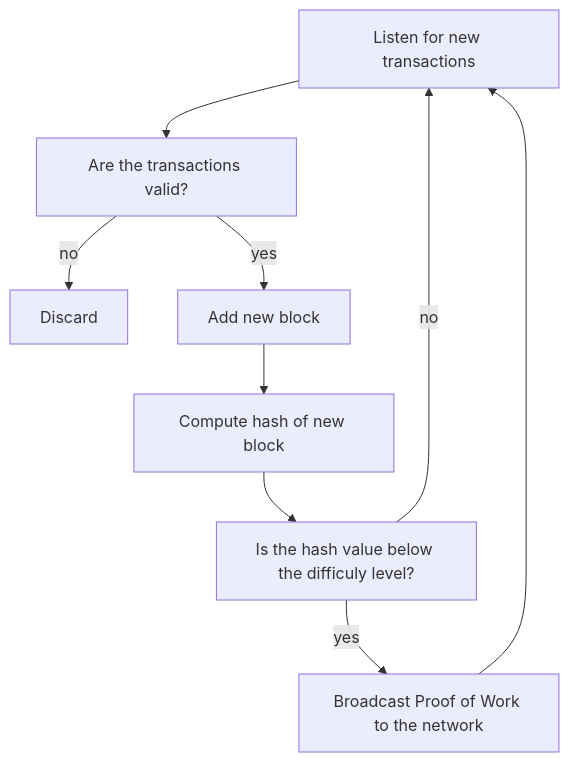
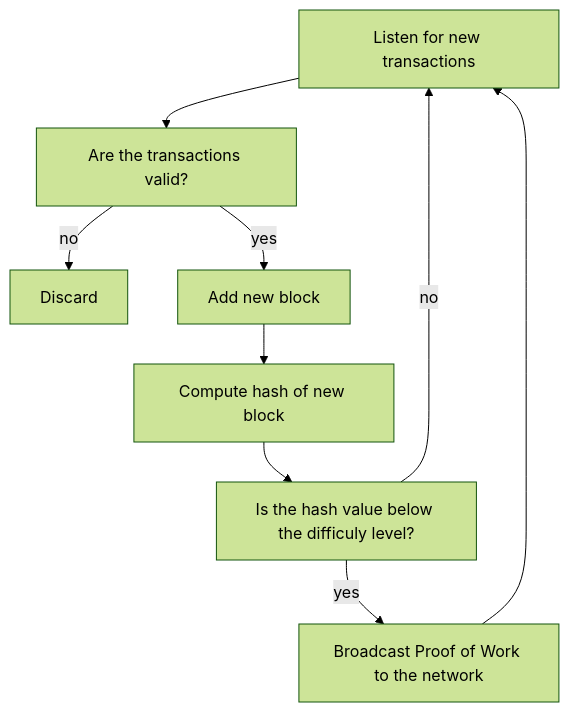
Before and after one commit to cainsusk/BitcoinCore-Architecture: the fifth of 6 diagrams in A1/a1presentation.md, drawn with Mermaid. The commit also changed other lines of this file and 1 other file, not shown here.

First line of the commit message:
Change slides & graphs theme

````diff
--- a/A1/a1presentation.md
+++ b/A1/a1presentation.md
@@ -178,17 +182,18 @@
 ```mermaid
+%%{init: {"theme": "forest", "flowchart":{"diagramPadding": 70, "rankSpacing": 40}}}%%
 flowchart TD;
         A[Listen for new transactions]
         B[Are the transactions valid?]
         B1[Discard]
         B2[Add new block]
         C[Compute hash of new block]
         D[Is the hash value below the difficuly level?]
         E[Broadcast Proof of Work to the network]
 
         A --> B
         B -->|no| B1; B -->|yes| B2
         B2 --> C
         C --> D
         D -->|no| A; D -->|yes| E
         E --> A
 ```
````
